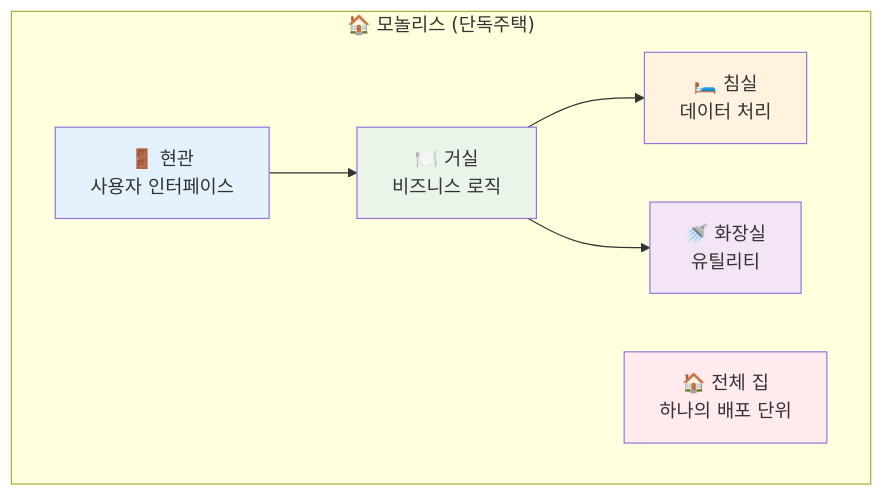
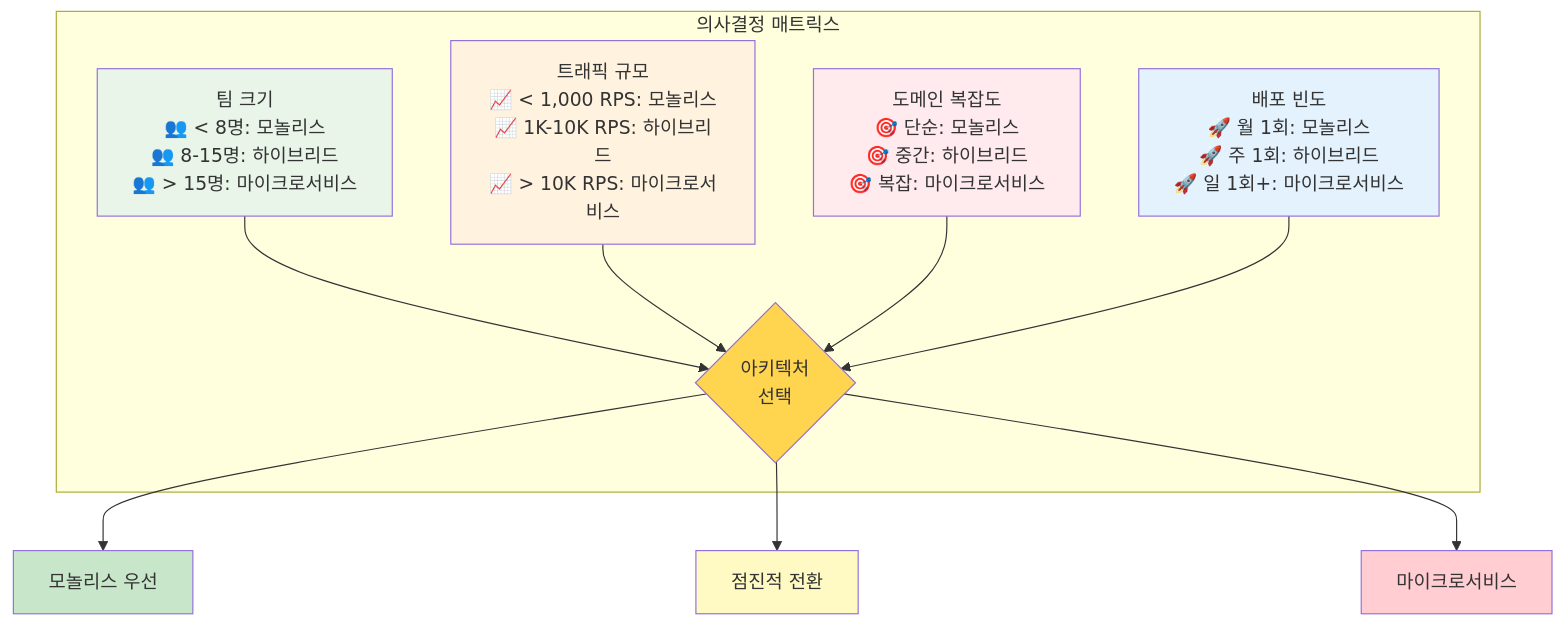
The first of 3 diagrams in theory/week_04/day1/session_1.md (niceguy61/kdt_devops_lecture_2025), drawn with Mermaid before and after one commit. The commit also changed other lines of this file and 5 other files, not shown here.

````diff
--- a/theory/week_04/day1/session_1.md
+++ b/theory/week_04/day1/session_1.md
@@ -89,20 +39,25 @@
 ```mermaid
 graph TB
-    subgraph "🏠 모놀리스 (단독주택)"
-        A[🚪 현관<br/>사용자 인터페이스]
-        B[🍽️ 거실<br/>비즈니스 로직]
-        C[🛏️ 침실<br/>데이터 처리]
-        D[🚿 화장실<br/>유틸리티]
-        E[🏠 전체 집<br/>하나의 배포 단위]
+    subgraph "의사결정 매트릭스"
+        A[팀 크기<br/>👥 < 8명: 모놀리스<br/>👥 8-15명: 하이브리드<br/>👥 > 15명: 마이크로서비스] --> D{아키텍처<br/>선택}
+        
+        B[트래픽 규모<br/>📈 < 1,000 RPS: 모놀리스<br/>📈 1K-10K RPS: 하이브리드<br/>📈 > 10K RPS: 마이크로서비스] --> D
+        
+        C[도메인 복잡도<br/>🎯 단순: 모놀리스<br/>🎯 중간: 하이브리드<br/>🎯 복잡: 마이크로서비스] --> D
+        
+        E[배포 빈도<br/>🚀 월 1회: 모놀리스<br/>🚀 주 1회: 하이브리드<br/>🚀 일 1회+: 마이크로서비스] --> D
     end
     
-    A --> B
-    B --> C
-    B --> D
+    D --> F[모놀리스 우선]
+    D --> G[점진적 전환]
+    D --> H[마이크로서비스]
     
-    style A fill:#e3f2fd
-    style B fill:#e8f5e8
-    style C fill:#fff3e0
-    style D fill:#f3e5f5
-    style E fill:#ffebee
+    style A fill:#e8f5e8
+    style B fill:#fff3e0
+    style C fill:#ffebee
+    style E fill:#e3f2fd
+    style D fill:#ffd54f
+    style F fill:#c8e6c9
+    style G fill:#fff9c4
+    style H fill:#ffcdd2
 ```
````
